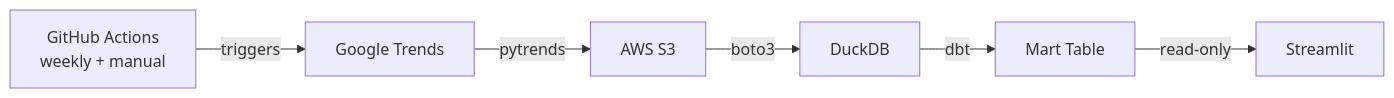
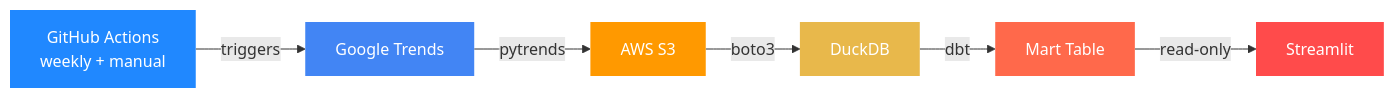
The diagram in README.md (RonV030/undercurrent), drawn with Mermaid before and after one commit. The commit also changed other lines of this file, not shown here.

Commit message:
docs: updated correlation values and added colour to architecture diagram

````diff
--- a/README.md
+++ b/README.md
@@ -39,8 +39,15 @@
 ```mermaid
 flowchart LR
     GH["GitHub Actions\nweekly + manual"] -->|triggers| GT["Google Trends"]
     GT -->|pytrends| S3["AWS S3"]
     S3 -->|boto3| DDB["DuckDB"]
     DDB -->|dbt| MART["Mart Table"]
     MART -->|read-only| ST["Streamlit"]
+
+    style GH fill:#2088FF,color:#fff,stroke:none
+    style GT fill:#4285F4,color:#fff,stroke:none
+    style S3 fill:#FF9900,color:#fff,stroke:none
+    style DDB fill:#E8B84B,color:#fff,stroke:none
+    style MART fill:#FF694B,color:#fff,stroke:none
+    style ST fill:#FF4B4B,color:#fff,stroke:none
 ```
````
